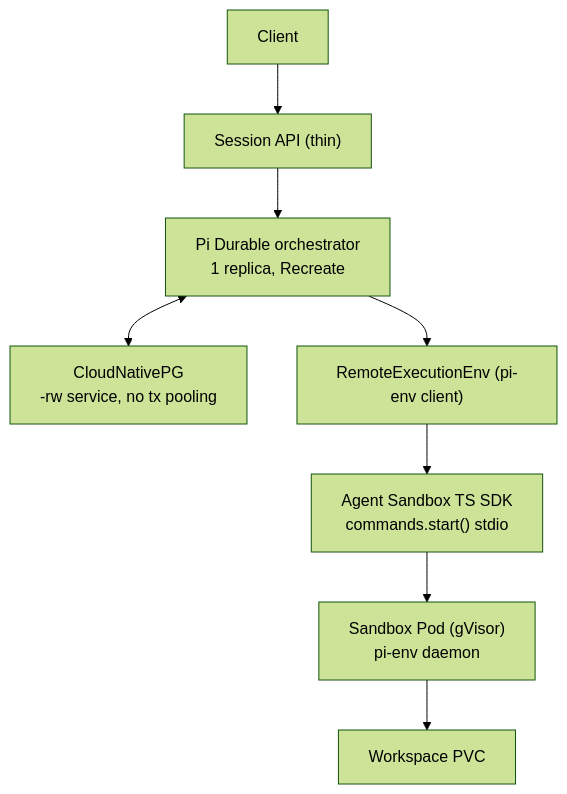
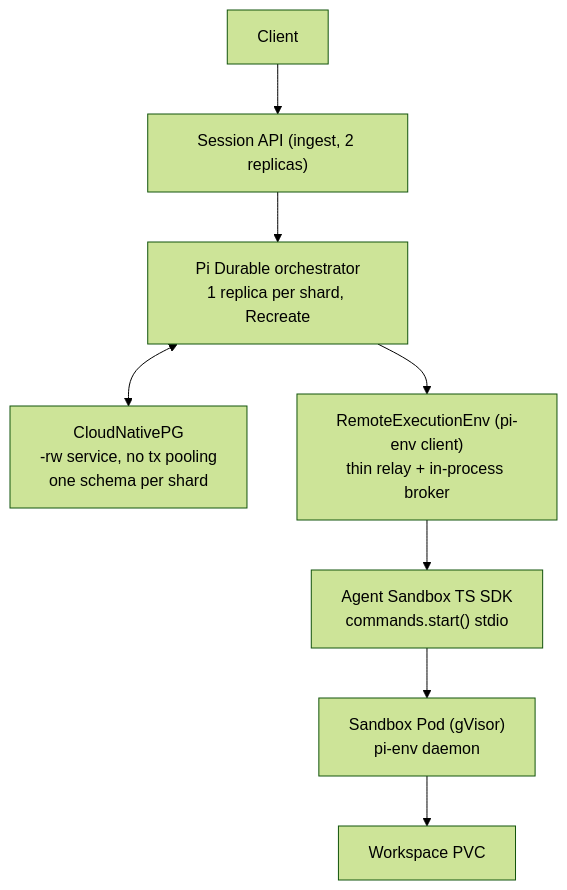
The diagram in plan.md (gscode1/cela), drawn with Mermaid (forest theme) before and after one commit. The commit also changed other lines of this file and 21 other files, not shown here.

````diff
--- a/plan.md
+++ b/plan.md
@@ -33,10 +33,10 @@
 ```mermaid
 flowchart TD
-    A["Client"] --> B["Session API (thin)"]
-    B --> C["Pi Durable orchestrator<br/>1 replica, Recreate"]
-    C <--> D["CloudNativePG<br/>-rw service, no tx pooling"]
-    C --> E["RemoteExecutionEnv (pi-env client)"]
+    A["Client"] --> B["Session API (ingest, 2 replicas)"]
+    B --> C["Pi Durable orchestrator<br/>1 replica per shard, Recreate"]
+    C <--> D["CloudNativePG<br/>-rw service, no tx pooling<br/>one schema per shard"]
+    C --> E["RemoteExecutionEnv (pi-env client)<br/>thin relay + in-process broker"]
     E --> F["Agent Sandbox TS SDK<br/>commands.start() stdio"]
     F --> G["Sandbox Pod (gVisor)<br/>pi-env daemon"]
     G --> H["Workspace PVC"]
 ```
````
